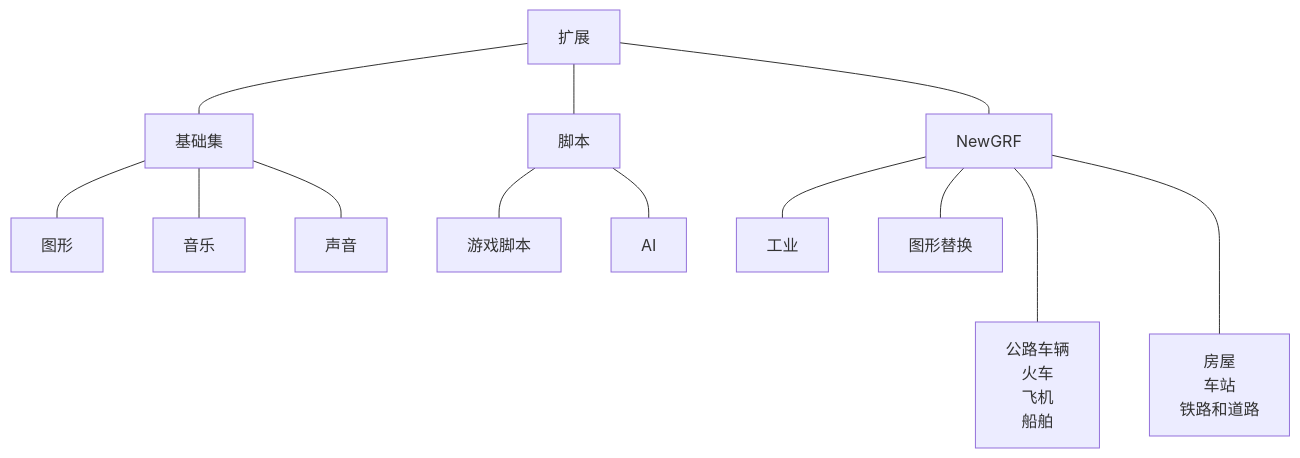
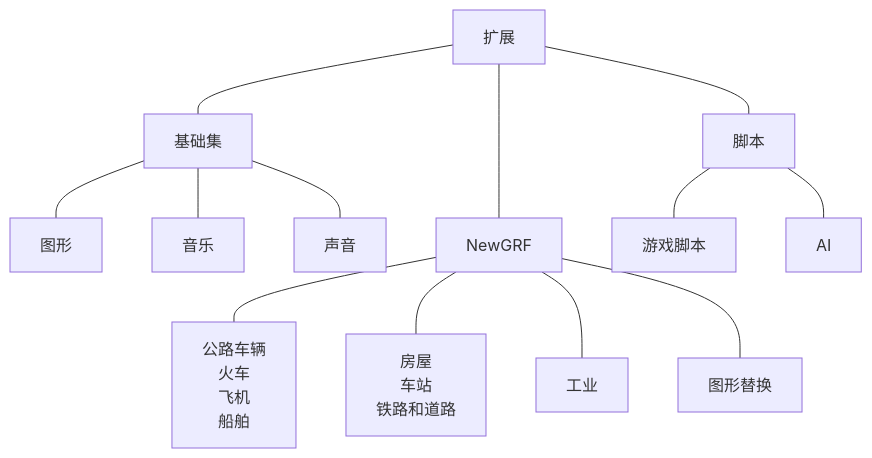
Before and after one commit to OpenTTD-China-Set/OpenTTD-documents: the diagram in docs/newgrf/extensions_introduction.md, drawn with Mermaid.

Commit message:
Fix incorrect display of \n

````diff
--- a/docs/newgrf/extensions_introduction.md
+++ b/docs/newgrf/extensions_introduction.md
@@ -22,15 +22,15 @@
 ```{mermaid}
 flowchart TD
   扩展 --- 基础集
   基础集 --- 图形
   基础集 --- 音乐
   基础集 --- 声音
-  扩展 --- NewGRF
+  扩展 ---- NewGRF
   扩展 --- 脚本
   脚本 --- 游戏脚本
   脚本 --- AI
-  NewGRF ---- 车辆[公路车辆\n火车\n飞机\n船舶]
-  NewGRF ---- 基础设施[房屋\n车站\n铁路和道路]
+  NewGRF --- 车辆["公路车辆\n火车\n飞机\n船舶"]
+  NewGRF --- 基础设施["房屋\n车站\n铁路和道路"]
   NewGRF --- 工业
   NewGRF --- 图形替换
 ```
````
